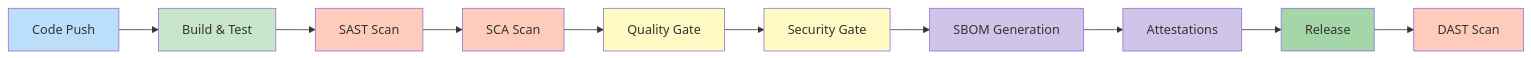
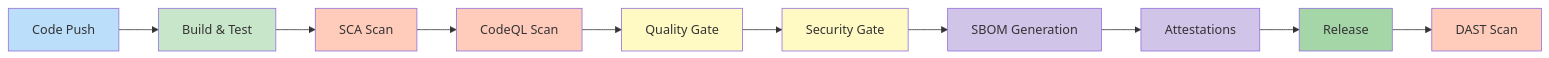
Before and after one commit to Hack23/cia: the first of 8 diagrams in WORKFLOWS.md, drawn with Mermaid. The commit also changed other lines of this file, not shown here.

Commit message:
fix: Address code review feedback - correct triggers, remove SonarCloud references, fix variable syntax

````diff
--- a/WORKFLOWS.md
+++ b/WORKFLOWS.md
@@ -52,23 +52,23 @@
 ```mermaid
 graph LR
     A[Code Push] --> B[Build & Test]
-    B --> C[SAST Scan]
-    C --> D[SCA Scan]
+    B --> C[SCA Scan]
+    C --> D[CodeQL Scan]
     D --> E[Quality Gate]
     E --> F[Security Gate]
     F --> G[SBOM Generation]
     G --> H[Attestations]
     H --> I[Release]
     I --> J[DAST Scan]
     
     style A fill:#bbdefb
     style B fill:#c8e6c9
     style C fill:#ffccbc
     style D fill:#ffccbc
     style E fill:#fff9c4
     style F fill:#fff9c4
     style G fill:#d1c4e9
     style H fill:#d1c4e9
     style I fill:#a5d6a7
     style J fill:#ffccbc
 ```
````
